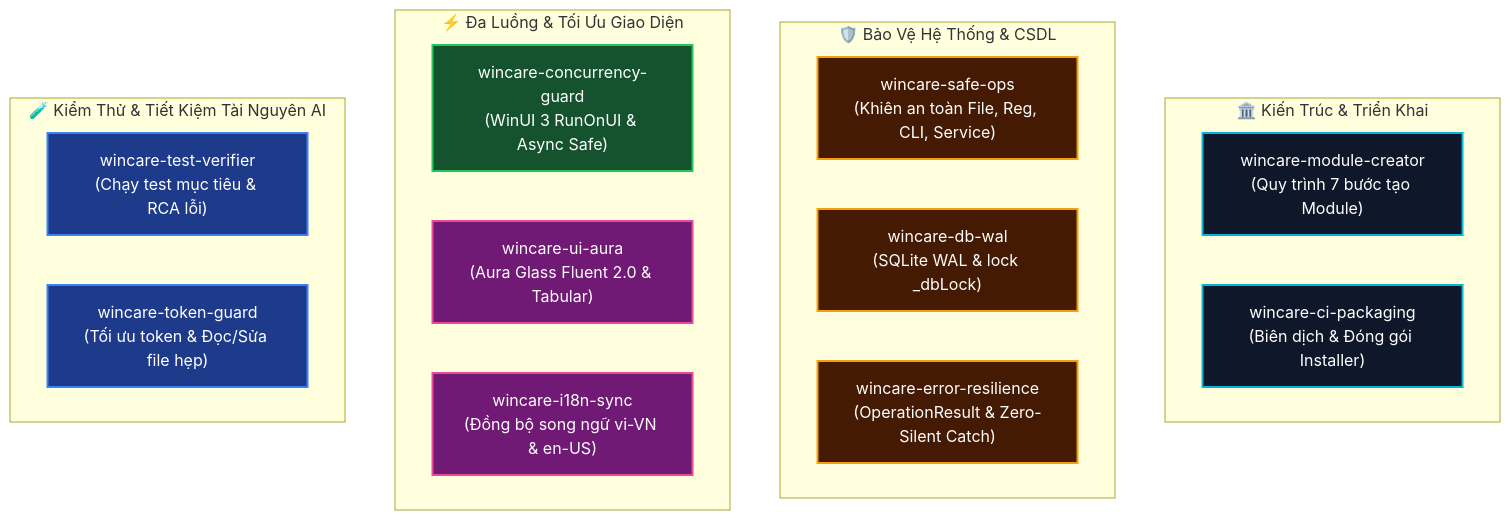
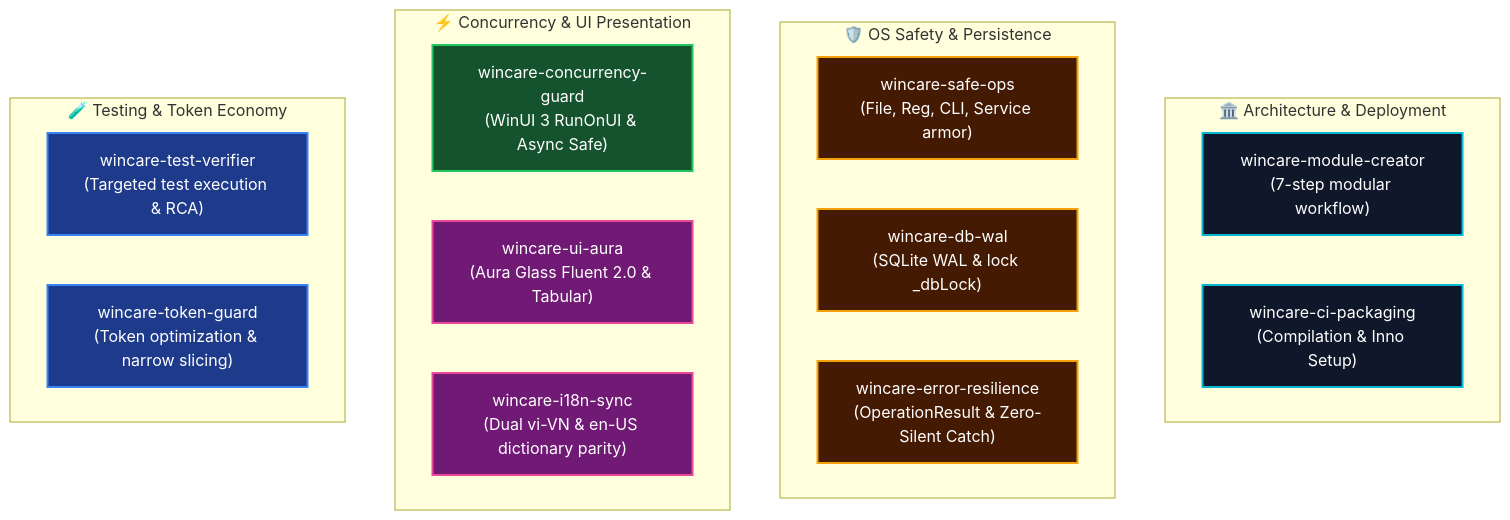
Before and after one commit to Nguyen-Trung-Tien/WinCarePro: the diagram in .agents/skills/README.md, drawn with Mermaid. The commit also changed other lines of this file and 39 other files, not shown here.

Commit message:
docs: add comprehensive system documentation, architecture guides, developer onboarding, and AI agent rule/skill sets

````diff
--- a/.agents/skills/README.md
+++ b/.agents/skills/README.md
@@ -9,30 +10,30 @@
 ```mermaid
 graph TD
     classDef arch fill:#0f172a,stroke:#06b6d4,stroke-width:2px,color:#fff;
     classDef sec fill:#451a03,stroke:#f59e0b,stroke-width:2px,color:#fff;
     classDef thread fill:#14532d,stroke:#22c55e,stroke-width:2px,color:#fff;
     classDef ui fill:#701a75,stroke:#ec4899,stroke-width:2px,color:#fff;
     classDef dev fill:#1e3a8a,stroke:#3b82f6,stroke-width:2px,color:#fff;
 
-    subgraph "🏛️ Kiến Trúc & Triển Khai"
-        S1["wincare-module-creator<br/>(Quy trình 7 bước tạo Module)"]:::arch
-        S10["wincare-ci-packaging<br/>(Biên dịch & Đóng gói Installer)"]:::arch
+    subgraph "🏛️ Architecture & Deployment"
+        S1["wincare-module-creator<br/>(7-step modular workflow)"]:::arch
+        S10["wincare-ci-packaging<br/>(Compilation & Inno Setup)"]:::arch
     end
 
-    subgraph "🛡️ Bảo Vệ Hệ Thống & CSDL"
-        S2["wincare-safe-ops<br/>(Khiên an toàn File, Reg, CLI, Service)"]:::sec
+    subgraph "🛡️ OS Safety & Persistence"
+        S2["wincare-safe-ops<br/>(File, Reg, CLI, Service armor)"]:::sec
         S6["wincare-db-wal<br/>(SQLite WAL & lock _dbLock)"]:::sec
         S7["wincare-error-resilience<br/>(OperationResult & Zero-Silent Catch)"]:::sec
     end
 
-    subgraph "⚡ Đa Luồng & Tối Ưu Giao Diện"
+    subgraph "⚡ Concurrency & UI Presentation"
         S3["wincare-concurrency-guard<br/>(WinUI 3 RunOnUI & Async Safe)"]:::thread
         S4["wincare-ui-aura<br/>(Aura Glass Fluent 2.0 & Tabular)"]:::ui
-        S5["wincare-i18n-sync<br/>(Đồng bộ song ngữ vi-VN & en-US)"]:::ui
+        S5["wincare-i18n-sync<br/>(Dual vi-VN & en-US dictionary parity)"]:::ui
     end
 
-    subgraph "🧪 Kiểm Thử & Tiết Kiệm Tài Nguyên AI"
-        S8["wincare-test-verifier<br/>(Chạy test mục tiêu & RCA lỗi)"]:::dev
-        S9["wincare-token-guard<br/>(Tối ưu token & Đọc/Sửa file hẹp)"]:::dev
+    subgraph "🧪 Testing & Token Economy"
+        S8["wincare-test-verifier<br/>(Targeted test execution & RCA)"]:::dev
+        S9["wincare-token-guard<br/>(Token optimization & narrow slicing)"]:::dev
     end
 ```
````
